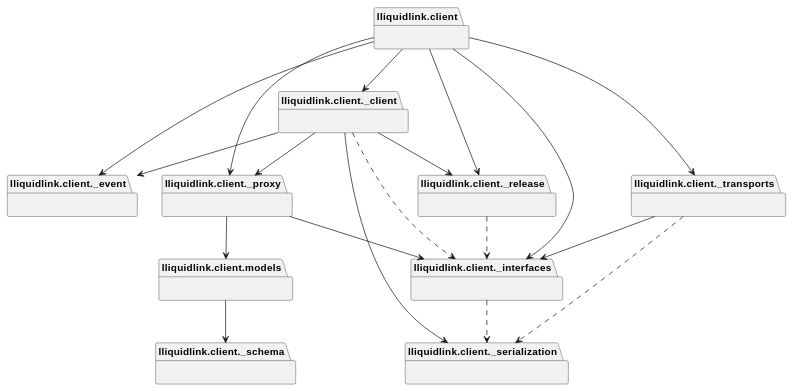
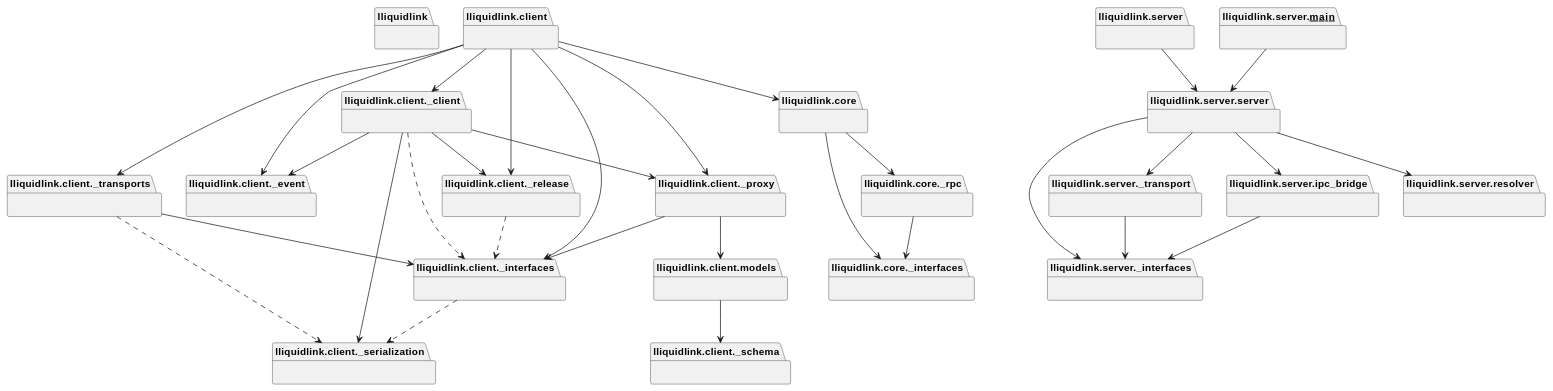
One commit to hide00310/UniLiquidLink changed the second of 4 diagrams in Docs~/ClassDiagram.md. Above: the diagram before and after it, drawn with PlantUML. The commit also changed other lines of this file and 1 other file, not shown here.

Commit message:
refactor(tools): unify lliquidlink class diagram generation into one pass
core/client/server were previously treated as separate pyreverse target
packages, so classes under core (e.g. JsonRpcPeer) were missing from the
client/server diagrams and relationships were fragmented. Consolidated
generate_class_diagram.py's PACKAGES into a single "Python~/lliquidlink"
entry so one class diagram/package diagram is generated from the whole
package.

Also applied the hide-members skin param, previously only used for the
package diagram, to the class diagram as well (call _inject_skinparam on
classes_puml too), and regenerated Docs~/ClassDiagram.md to match the new
output.

````diff
--- a/Docs~/ClassDiagram.md
+++ b/Docs~/ClassDiagram.md
@@ -94,43 +93,78 @@
 ```plantuml
-@startuml packages_Python~_lliquidlink_client
+@startuml packages_Python~_lliquidlink
 set namespaceSeparator none
+hide members
+package "lliquidlink" as lliquidlink {
+}
 package "lliquidlink.client" as lliquidlink.client {
 }
 package "lliquidlink.client._client" as lliquidlink.client._client {
 }
 package "lliquidlink.client._event" as lliquidlink.client._event {
 }
 package "lliquidlink.client._interfaces" as lliquidlink.client._interfaces {
 }
 package "lliquidlink.client._proxy" as lliquidlink.client._proxy {
 }
 package "lliquidlink.client._release" as lliquidlink.client._release {
 }
 package "lliquidlink.client._schema" as lliquidlink.client._schema {
 }
 package "lliquidlink.client._serialization" as lliquidlink.client._serialization {
 }
 package "lliquidlink.client._transports" as lliquidlink.client._transports {
 }
 package "lliquidlink.client.models" as lliquidlink.client.models {
 }
+package "lliquidlink.core" as lliquidlink.core {
+}
+package "lliquidlink.core._interfaces" as lliquidlink.core._interfaces {
+}
+package "lliquidlink.core._rpc" as lliquidlink.core._rpc {
+}
+package "lliquidlink.server" as lliquidlink.server {
+}
+package "lliquidlink.server.__main__" as lliquidlink.server.__main__ {
+}
+package "lliquidlink.server._interfaces" as lliquidlink.server._interfaces {
+}
+package "lliquidlink.server._transport" as lliquidlink.server._transport {
+}
+package "lliquidlink.server.ipc_bridge" as lliquidlink.server.ipc_bridge {
+}
+package "lliquidlink.server.resolver" as lliquidlink.server.resolver {
+}
+package "lliquidlink.server.server" as lliquidlink.server.server {
+}
 lliquidlink.client --> lliquidlink.client._client
 lliquidlink.client --> lliquidlink.client._event
 lliquidlink.client --> lliquidlink.client._interfaces
 lliquidlink.client --> lliquidlink.client._proxy
 lliquidlink.client --> lliquidlink.client._release
 lliquidlink.client --> lliquidlink.client._transports
+lliquidlink.client --> lliquidlink.core
 lliquidlink.client._client --> lliquidlink.client._event
 lliquidlink.client._client --> lliquidlink.client._proxy
 lliquidlink.client._client --> lliquidlink.client._release
 lliquidlink.client._client --> lliquidlink.client._serialization
 lliquidlink.client._proxy --> lliquidlink.client._interfaces
 lliquidlink.client._proxy --> lliquidlink.client.models
 lliquidlink.client._transports --> lliquidlink.client._interfaces
 lliquidlink.client.models --> lliquidlink.client._schema
+lliquidlink.core --> lliquidlink.core._interfaces
+lliquidlink.core --> lliquidlink.core._rpc
+lliquidlink.core._rpc --> lliquidlink.core._interfaces
+lliquidlink.server --> lliquidlink.server.server
+lliquidlink.server.__main__ --> lliquidlink.server.server
+lliquidlink.server._transport --> lliquidlink.server._interfaces
+lliquidlink.server.ipc_bridge --> lliquidlink.server._interfaces
+lliquidlink.server.server --> lliquidlink.server._interfaces
+lliquidlink.server.server --> lliquidlink.server._transport
+lliquidlink.server.server --> lliquidlink.server.ipc_bridge
+lliquidlink.server.server --> lliquidlink.server.resolver
 lliquidlink.client._client ..> lliquidlink.client._interfaces
 lliquidlink.client._interfaces ..> lliquidlink.client._serialization
 lliquidlink.client._release ..> lliquidlink.client._interfaces
 lliquidlink.client._transports ..> lliquidlink.client._serialization
 @enduml
 ```
````
